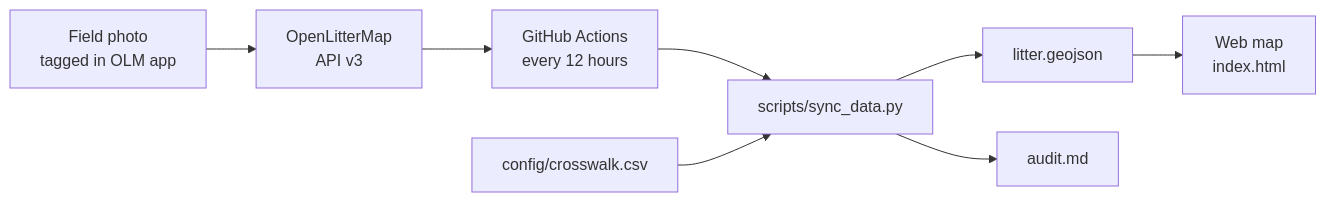
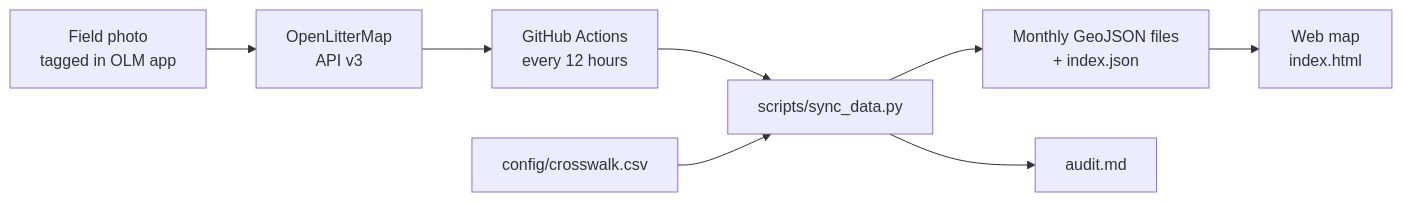
One commit to smohrs86/maple-ridge-open-litter-map changed the diagram in README.md. Above: the diagram before and after it, drawn with Mermaid. The commit also changed other lines of this file, not shown here.

````diff
--- a/README.md
+++ b/README.md
@@ -125,10 +126,10 @@
 ```mermaid
 flowchart LR
     A[Field photo<br/>tagged in OLM app] --> B[OpenLitterMap<br/>API v3]
     B --> C[GitHub Actions<br/>every 12 hours]
     C --> D[scripts/sync_data.py]
-    D --> E[litter.geojson]
+    D --> E[Monthly GeoJSON files<br/>+ index.json]
     E --> F[Web map<br/>index.html]
     X[config/crosswalk.csv] --> D
     D --> G[audit.md]
 ```
````
